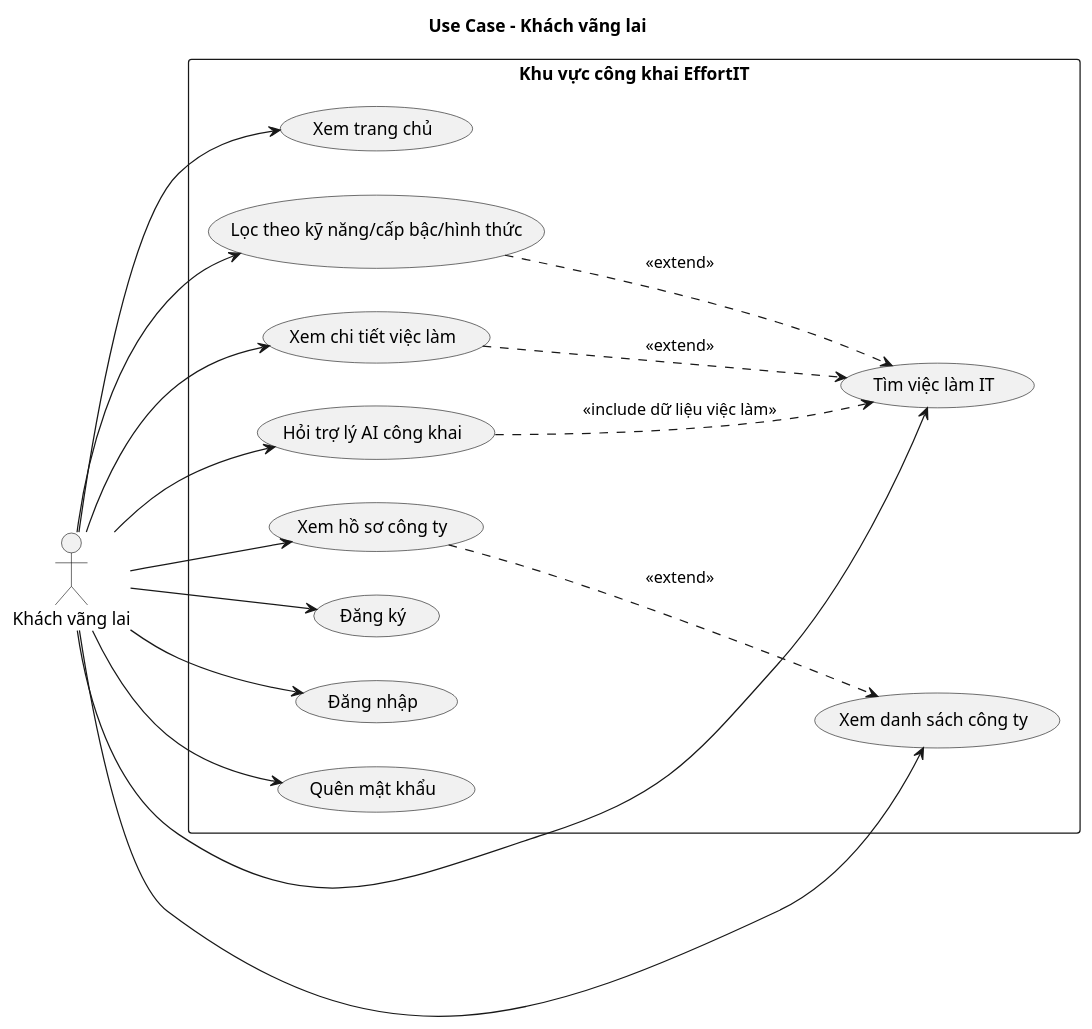
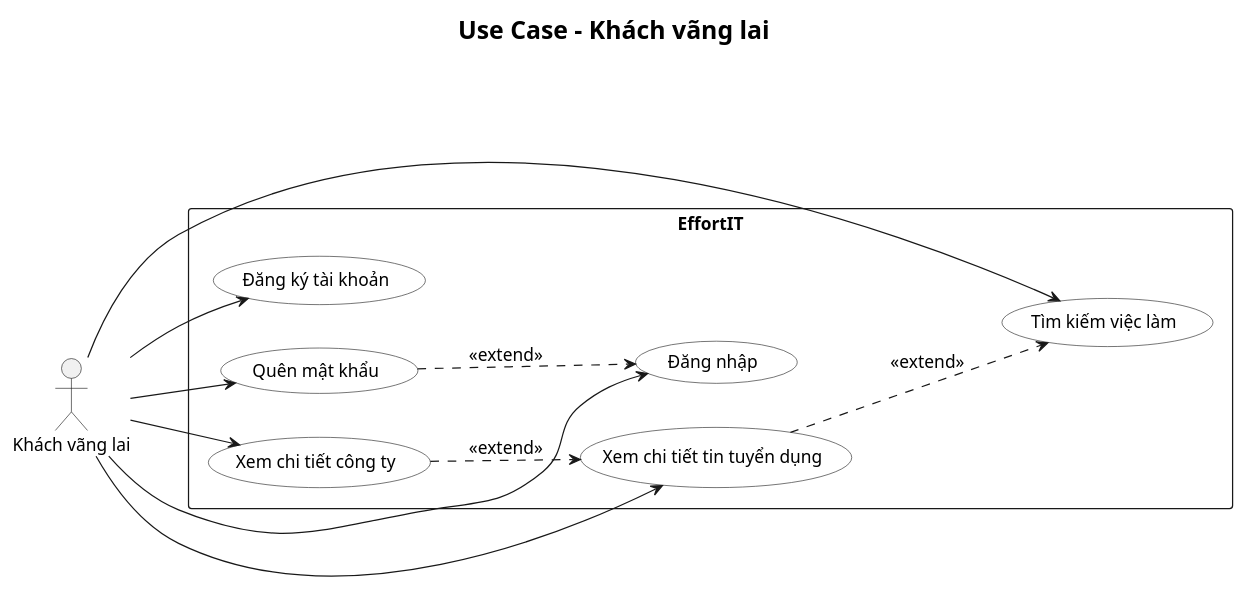
Before and after one commit to hole-six/DoAn: the diagram in docs/so-do/01-usecase/02-usecase-khach-vang-lai.puml, drawn with PlantUML. The commit also changed other lines of this file and 201 other files, not shown here.

```diff
--- a/docs/so-do/01-usecase/02-usecase-khach-vang-lai.puml
+++ b/docs/so-do/01-usecase/02-usecase-khach-vang-lai.puml
@@ -1,36 +1,37 @@
 @startuml
+skinparam defaultFontName "Segoe UI"
+skinparam titleFontName "Segoe UI"
+skinparam defaultFontSize 14
+skinparam titleFontSize 20
 left to right direction
 skinparam shadowing false
+skinparam packageStyle rectangle
+skinparam actorStyle stick
+skinparam usecase {
+  BackgroundColor White
+  BorderColor #222222
+}
 title Use Case - Khách vãng lai
 
 actor "Khách vãng lai" as Guest
 
-rectangle "Khu vực công khai EffortIT" {
-  usecase "Xem trang chủ" as Home
-  usecase "Tìm việc làm IT" as SearchJob
-  usecase "Lọc theo kỹ năng/cấp bậc/hình thức" as FilterJob
-  usecase "Xem chi tiết việc làm" as JobDetail
-  usecase "Xem danh sách công ty" as CompanyList
-  usecase "Xem hồ sơ công ty" as CompanyDetail
-  usecase "Hỏi trợ lý AI công khai" as PublicAI
-  usecase "Đăng ký" as Register
+rectangle "EffortIT" {
+  usecase "Tìm kiếm việc làm" as SearchJob
+  usecase "Xem chi tiết tin tuyển dụng" as JobDetail
+  usecase "Xem chi tiết công ty" as CompanyDetail
+  usecase "Đăng ký tài khoản" as Register
   usecase "Đăng nhập" as Login
   usecase "Quên mật khẩu" as Forgot
 }
 
-Guest --> Home
 Guest --> SearchJob
-Guest --> FilterJob
 Guest --> JobDetail
-Guest --> CompanyList
 Guest --> CompanyDetail
-Guest --> PublicAI
 Guest --> Register
 Guest --> Login
 Guest --> Forgot
 
-FilterJob ..> SearchJob : <<extend>>
 JobDetail ..> SearchJob : <<extend>>
-CompanyDetail ..> CompanyList : <<extend>>
-PublicAI ..> SearchJob : <<include dữ liệu việc làm>>
+CompanyDetail ..> JobDetail : <<extend>>
+Forgot ..> Login : <<extend>>
 @enduml
```
